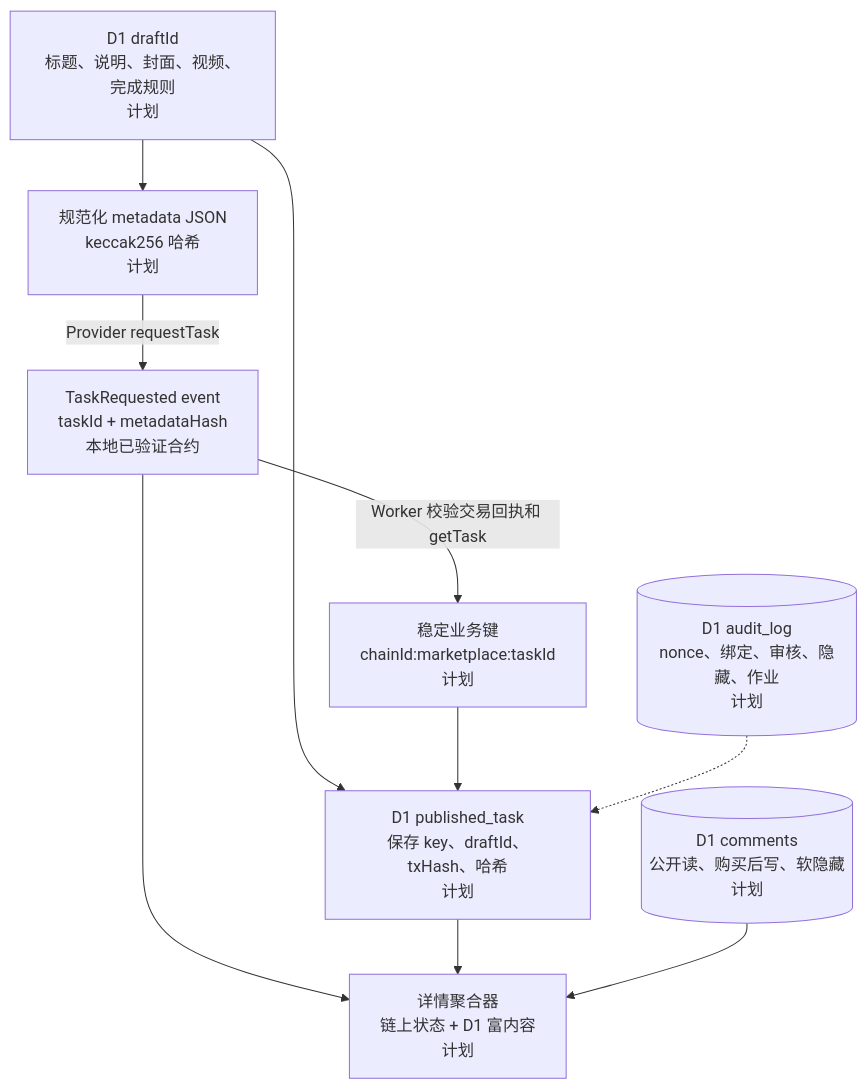
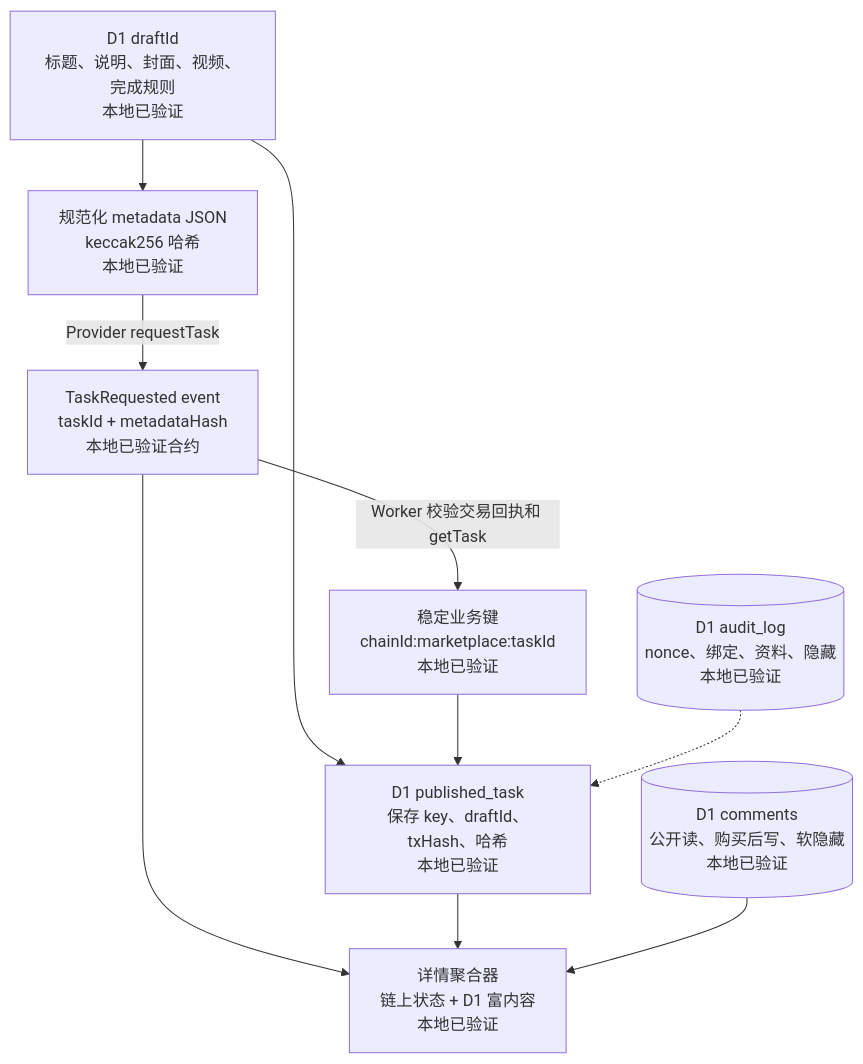
One commit to Tiancheng-Xu/babysteps changed the third of 8 diagrams in docs/architecture/starbuddy-web3-architecture.mmd. Above: the diagram before and after it, drawn with Mermaid. The commit also changed other lines of this file and 4 other files, not shown here.

````diff
--- a/docs/architecture/starbuddy-web3-architecture.mmd
+++ b/docs/architecture/starbuddy-web3-architecture.mmd
@@ -62,20 +62,20 @@
 ```mermaid
 flowchart TB
-    draft["D1 draftId<br/>标题、说明、封面、视频、完成规则<br/>计划"]
-    canonical["规范化 metadata JSON<br/>keccak256 哈希<br/>计划"]
+    draft["D1 draftId<br/>标题、说明、封面、视频、完成规则<br/>本地已验证"]
+    canonical["规范化 metadata JSON<br/>keccak256 哈希<br/>本地已验证"]
     event["TaskRequested event<br/>taskId + metadataHash<br/>本地已验证合约"]
-    key["稳定业务键<br/>chainId:marketplace:taskId<br/>计划"]
-    task["D1 published_task<br/>保存 key、draftId、txHash、哈希<br/>计划"]
-    read["详情聚合器<br/>链上状态 + D1 富内容<br/>计划"]
+    key["稳定业务键<br/>chainId:marketplace:taskId<br/>本地已验证"]
+    task["D1 published_task<br/>保存 key、draftId、txHash、哈希<br/>本地已验证"]
+    read["详情聚合器<br/>链上状态 + D1 富内容<br/>本地已验证"]
 
     draft --> canonical
     canonical -->|"Provider requestTask"| event
     event -->|"Worker 校验交易回执和 getTask"| key
     draft --> task
     key --> task
     event --> read
     task --> read
 
-    comments[("D1 comments<br/>公开读、购买后写、软隐藏<br/>计划")] --> read
-    audit[("D1 audit_log<br/>nonce、绑定、审核、隐藏、作业<br/>计划")] -.-> task
+    comments[("D1 comments<br/>公开读、购买后写、软隐藏<br/>本地已验证")] --> read
+    audit[("D1 audit_log<br/>nonce、绑定、资料、隐藏<br/>本地已验证")] -.-> task
 ```
````
